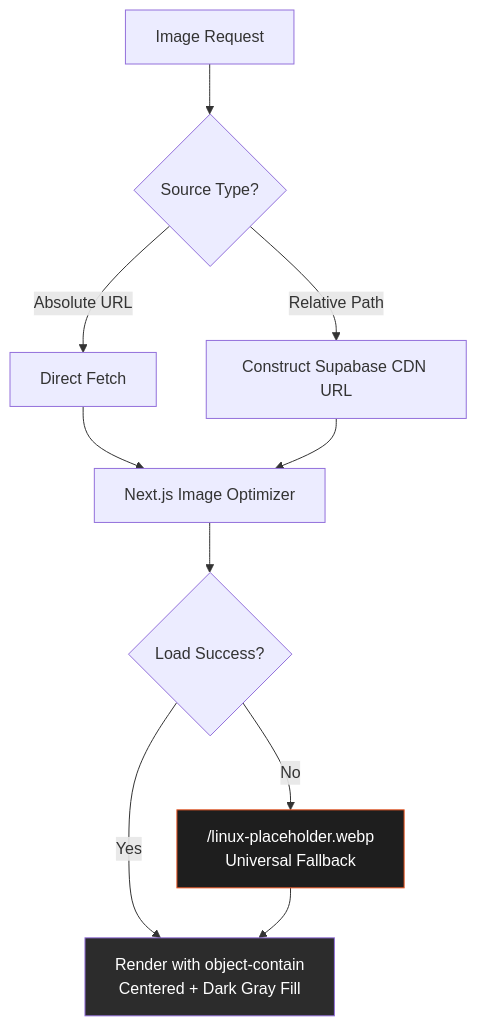
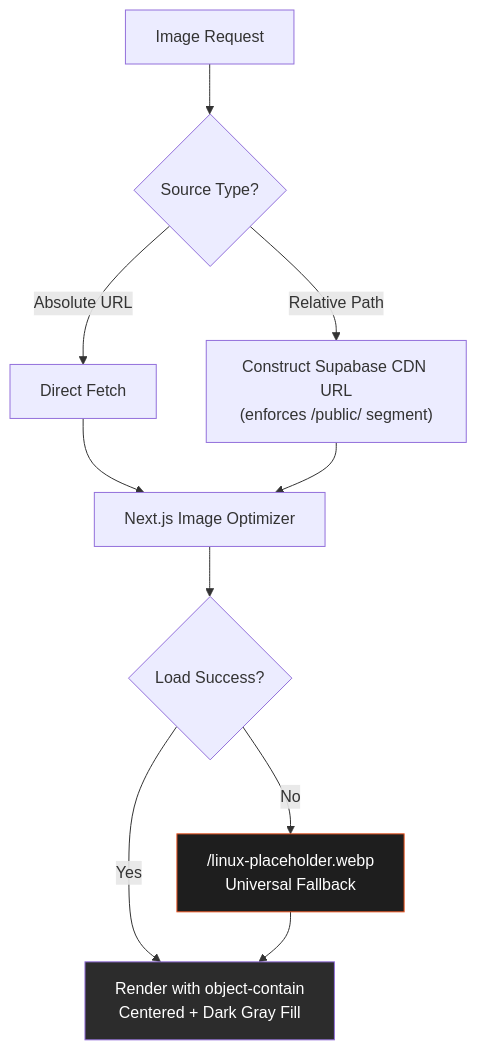
One commit to bhargava562/my-portfolio changed the fourth of 7 diagrams in README.md. Above: the diagram before and after it, drawn with Mermaid. The commit also changed other lines of this file and 8 other files, not shown here.

````diff
--- a/README.md
+++ b/README.md
@@ -129,15 +133,15 @@
 ```mermaid
 flowchart TD
     A["Image Request"] --> B{"Source Type?"}
     B -->|Absolute URL| C["Direct Fetch"]
-    B -->|Relative Path| D["Construct Supabase CDN URL"]
+    B -->|Relative Path| D["Construct Supabase CDN URL\n(enforces /public/ segment)"]
     C --> E["Next.js Image Optimizer"]
     D --> E
     E --> F{"Load Success?"}
     F -->|Yes| G["Render with object-contain\nCentered + Dark Gray Fill"]
     F -->|No| H["/linux-placeholder.webp\nUniversal Fallback"]
     H --> G
 
     style H fill:#1E1E1E,color:#fff,stroke:#E95420
     style G fill:#2C2C2C,color:#fff
 ```
````
